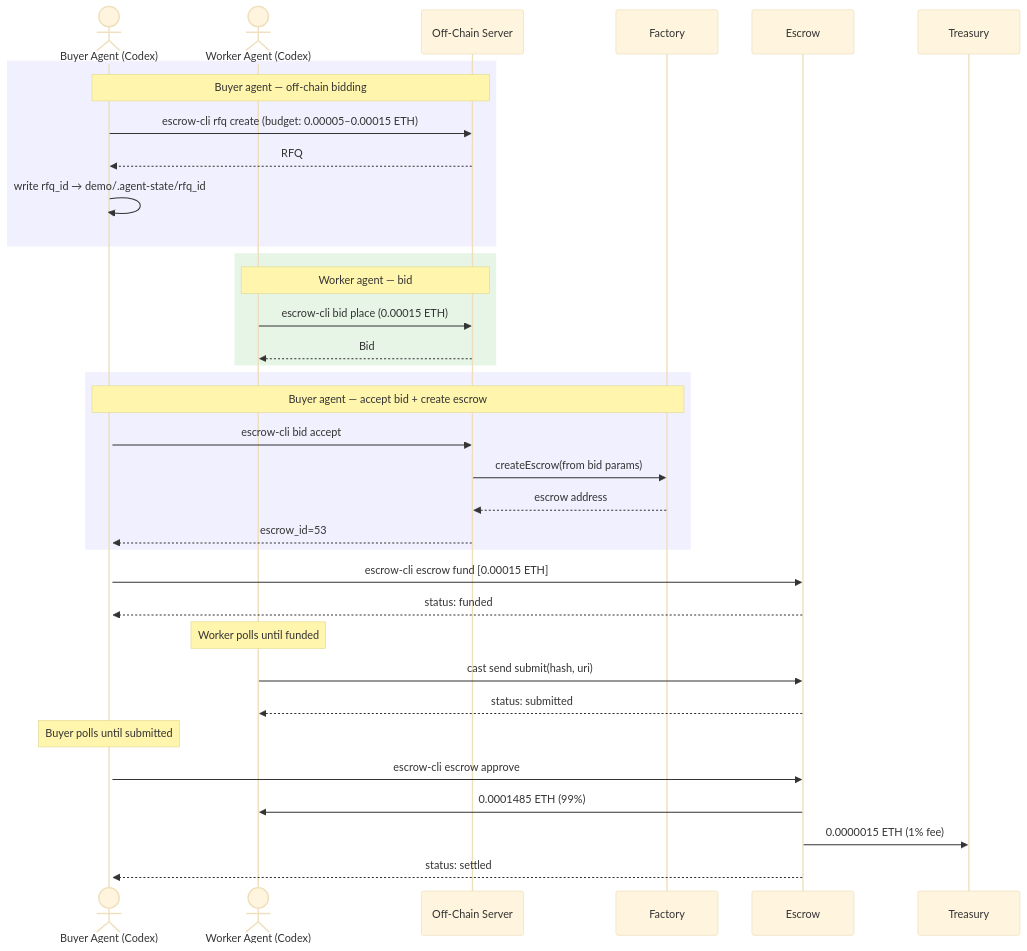
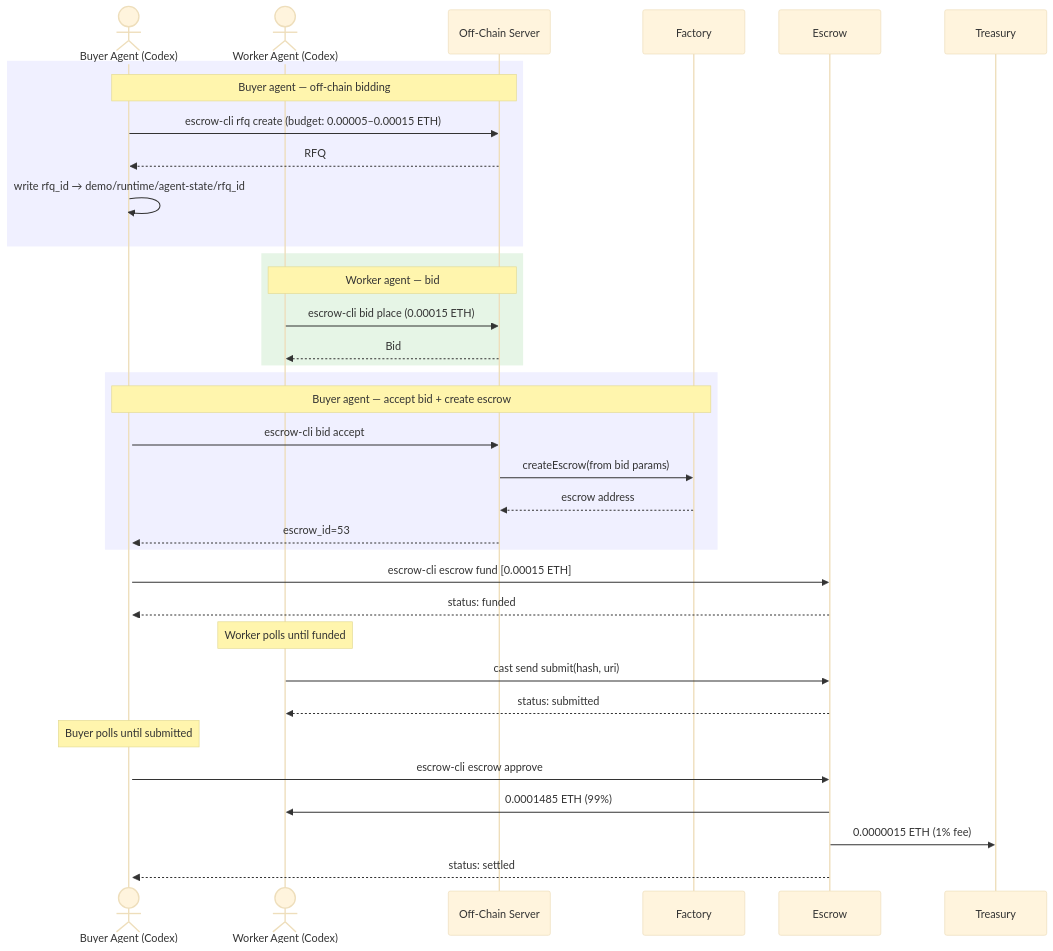
One commit to eddiefleurent/agent-escrow changed the first of 12 diagrams in demo/DEMO_RUN.md. Above: the diagram before and after it, drawn with Mermaid (base theme). The commit also changed other lines of this file and 27 other files, not shown here.

````diff
--- a/demo/DEMO_RUN.md
+++ b/demo/DEMO_RUN.md
@@ -34,42 +331,42 @@
 ```mermaid
 sequenceDiagram
     actor BuyerAgent as Buyer Agent (Codex)
     actor WorkerAgent as Worker Agent (Codex)
     participant Server as Off-Chain Server
     participant Factory
     participant Escrow
 
     rect rgb(240, 240, 255)
         Note over BuyerAgent,Server: Buyer agent — off-chain bidding
         BuyerAgent->>Server: escrow-cli rfq create (budget: 0.00005–0.00015 ETH)
         Server-->>BuyerAgent: RFQ #4
-        BuyerAgent->>+BuyerAgent: write rfq_id → demo/.agent-state/rfq_id
+        BuyerAgent->>+BuyerAgent: write rfq_id → demo/runtime/agent-state/rfq_id
     end
 
     rect rgb(230, 245, 230)
         Note over WorkerAgent,Server: Worker agent — bid
         WorkerAgent->>Server: escrow-cli bid place (0.00015 ETH)
         Server-->>WorkerAgent: Bid #3 (pending)
     end
 
     rect rgb(240, 240, 255)
         Note over BuyerAgent,Factory: Buyer agent — accept bid + create escrow
         BuyerAgent->>Server: escrow-cli bid accept
         Server->>Factory: createEscrow(from bid params)
         Factory-->>Server: escrow address
         Server-->>BuyerAgent: escrow_id=53
     end
 
     BuyerAgent->>Escrow: escrow-cli escrow fund [0.00015 ETH]
     Escrow-->>BuyerAgent: status: funded
 
     Note over WorkerAgent: Worker polls until funded
     WorkerAgent->>Escrow: cast send submit(hash, uri)
     Escrow-->>WorkerAgent: status: submitted
 
     Note over BuyerAgent: Buyer polls until submitted
     BuyerAgent->>Escrow: escrow-cli escrow approve
     Escrow->>WorkerAgent: 0.0001485 ETH (99%)
     Escrow->>Treasury: 0.0000015 ETH (1% fee)
     Escrow-->>BuyerAgent: status: settled
 ```
````
